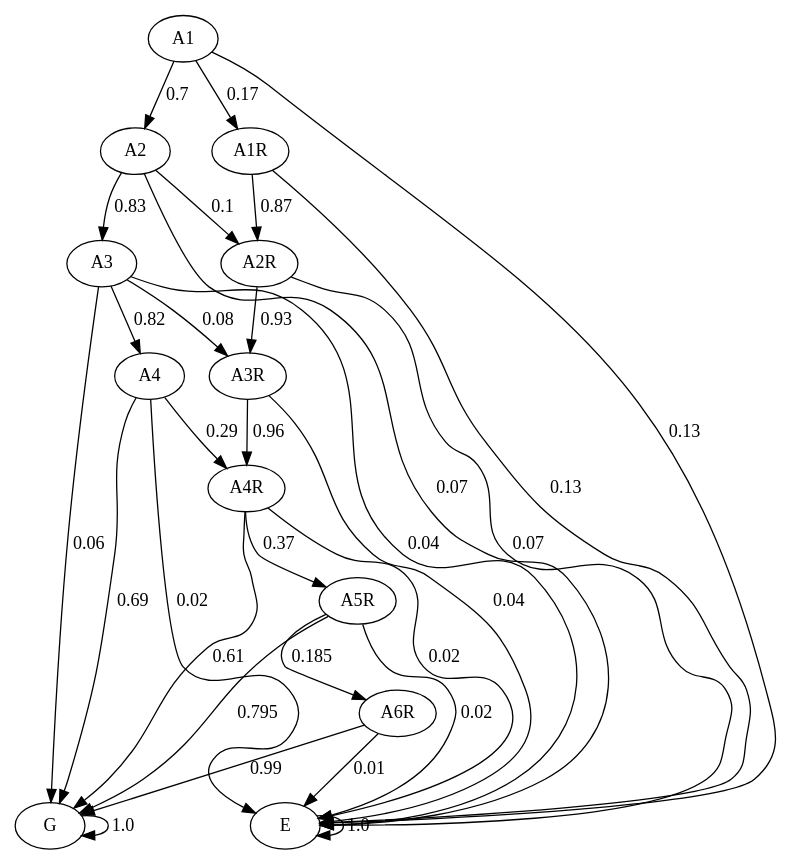
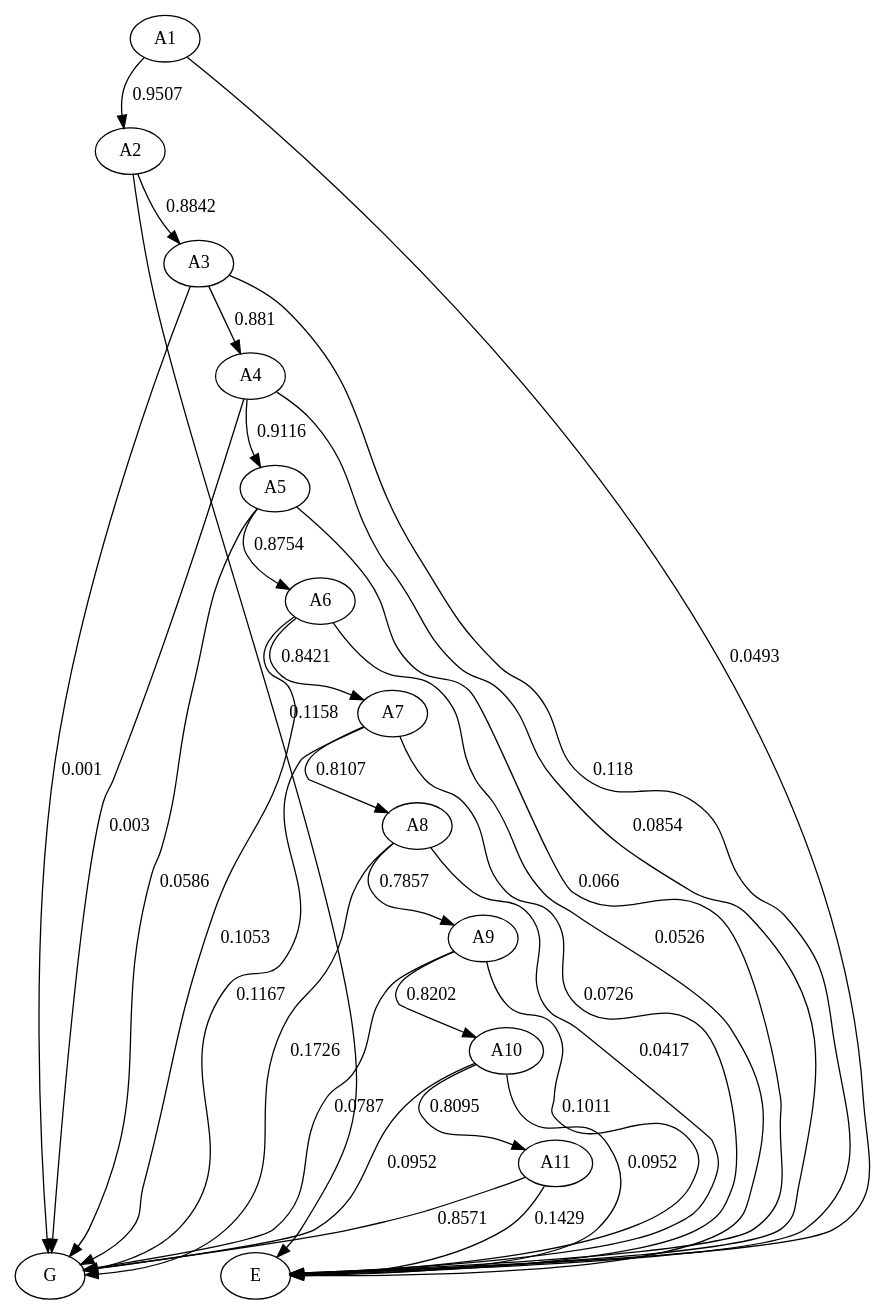
One commit to JulianaFerreira/educacao changed the diagram in graph/markov.dot. Above: the diagram before and after it, drawn with Graphviz. The commit also changed 4 other files, not shown here.

```diff
--- a/graph/markov.dot
+++ b/graph/markov.dot
@@ -1,43 +1,45 @@
 digraph  {
 A1;
 A2;
 A3;
 A4;
-A1R;
-A2R;
-A3R;
-A4R;
-A5R;
-A6R;
+A5;
+A6;
+A7;
+A8;
+A9;
+A10;
+A11;
 G;
 E;
-A1 -> A2  [key=0, label="0.7", weight="0.7"];
-A1 -> A1R  [key=0, label="0.17", weight="0.17"];
-A1 -> E  [key=0, label="0.13", weight="0.13"];
-A2 -> A3  [key=0, label="0.83", weight="0.83"];
-A2 -> A2R  [key=0, label="0.1", weight="0.1"];
-A2 -> E  [key=0, label="0.07", weight="0.07"];
-A3 -> A4  [key=0, label="0.82", weight="0.82"];
-A3 -> A3R  [key=0, label="0.08", weight="0.08"];
-A3 -> G  [key=0, label="0.06", weight="0.06"];
-A3 -> E  [key=0, label="0.04", weight="0.04"];
-A4 -> A4R  [key=0, label="0.29", weight="0.29"];
-A4 -> G  [key=0, label="0.69", weight="0.69"];
-A4 -> E  [key=0, label="0.02", weight="0.02"];
-A1R -> A2R  [key=0, label="0.87", weight="0.87"];
-A1R -> E  [key=0, label="0.13", weight="0.13"];
-A2R -> A3R  [key=0, label="0.93", weight="0.93"];
-A2R -> E  [key=0, label="0.07", weight="0.07"];
-A3R -> A4R  [key=0, label="0.96", weight="0.96"];
-A3R -> E  [key=0, label="0.04", weight="0.04"];
-A4R -> A5R  [key=0, label="0.37", weight="0.37"];
-A4R -> G  [key=0, label="0.61", weight="0.61"];
-A4R -> E  [key=0, label="0.02", weight="0.02"];
-A5R -> A6R  [key=0, label="0.185", weight="0.185"];
-A5R -> G  [key=0, label="0.795", weight="0.795"];
-A5R -> E  [key=0, label="0.02", weight="0.02"];
-A6R -> G  [key=0, label="0.99", weight="0.99"];
-A6R -> E  [key=0, label="0.01", weight="0.01"];
-G -> G  [key=0, label="1.0", weight="1.0"];
-E -> E  [key=0, label="1.0", weight="1.0"];
+A1 -> A2  [key=0, label="0.9507", weight="0.9507"];
+A1 -> E  [key=0, label="0.0493", weight="0.0493"];
+A2 -> A3  [key=0, label="0.8842", weight="0.8842"];
+A2 -> E  [key=0, label="0.1158", weight="0.1158"];
+A3 -> A4  [key=0, label="0.881", weight="0.881"];
+A3 -> G  [key=0, label="0.001", weight="0.001"];
+A3 -> E  [key=0, label="0.118", weight="0.118"];
+A4 -> A5  [key=0, label="0.9116", weight="0.9116"];
+A4 -> G  [key=0, label="0.003", weight="0.003"];
+A4 -> E  [key=0, label="0.0854", weight="0.0854"];
+A5 -> A6  [key=0, label="0.8754", weight="0.8754"];
+A5 -> G  [key=0, label="0.0586", weight="0.0586"];
+A5 -> E  [key=0, label="0.066", weight="0.066"];
+A6 -> A7  [key=0, label="0.8421", weight="0.8421"];
+A6 -> G  [key=0, label="0.1053", weight="0.1053"];
+A6 -> E  [key=0, label="0.0526", weight="0.0526"];
+A7 -> A8  [key=0, label="0.8107", weight="0.8107"];
+A7 -> G  [key=0, label="0.1167", weight="0.1167"];
+A7 -> E  [key=0, label="0.0726", weight="0.0726"];
+A8 -> A9  [key=0, label="0.7857", weight="0.7857"];
+A8 -> G  [key=0, label="0.1726", weight="0.1726"];
+A8 -> E  [key=0, label="0.0417", weight="0.0417"];
+A9 -> A10  [key=0, label="0.8202", weight="0.8202"];
+A9 -> G  [key=0, label="0.0787", weight="0.0787"];
+A9 -> E  [key=0, label="0.1011", weight="0.1011"];
+A10 -> A11  [key=0, label="0.8095", weight="0.8095"];
+A10 -> G  [key=0, label="0.0952", weight="0.0952"];
+A10 -> E  [key=0, label="0.0952", weight="0.0952"];
+A11 -> G  [key=0, label="0.8571", weight="0.8571"];
+A11 -> E  [key=0, label="0.1429", weight="0.1429"];
 }
```
